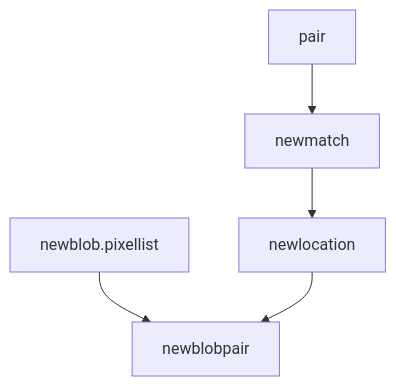
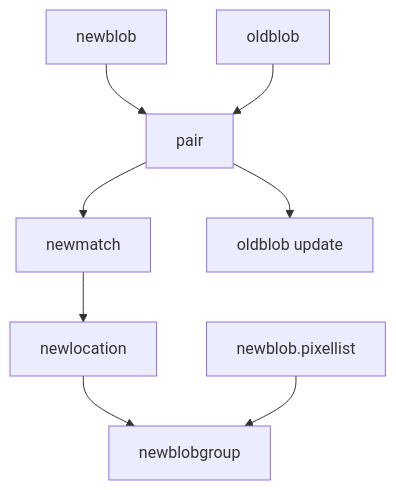
One commit to ISCAS007/backgroundDetector changed the sixth of 7 diagrams in tracking/readme.md. Above: the diagram before and after it, drawn with Mermaid. The commit also changed other lines of this file and 1 other file, not shown here.

```diff
--- a/tracking/readme.md
+++ b/tracking/readme.md
@@ -39,8 +113,11 @@
 ~~~mermaid
 graph TD;
 	a[pair]-->b[newmatch];
-	b-->newloc[newlocation]
-	p[newblob.pixellist]-->d[newblobpair];
-	newloc-->d[newblobpair];
+	newblob-->a
+	oldblob-->a
+	b-->newlocation;
+	newlocation-->newgroup[newblobgroup]
+	p[newblob.pixellist]-->newgroup;
+	a-->d[oldblob update];
 	
 ~~~
```
